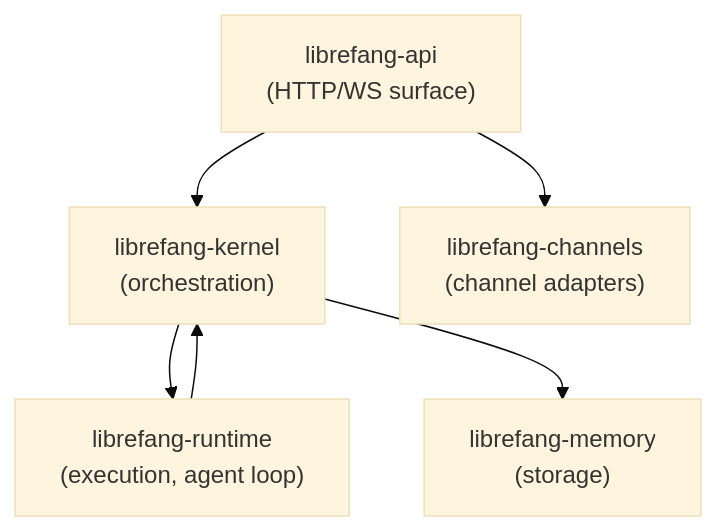
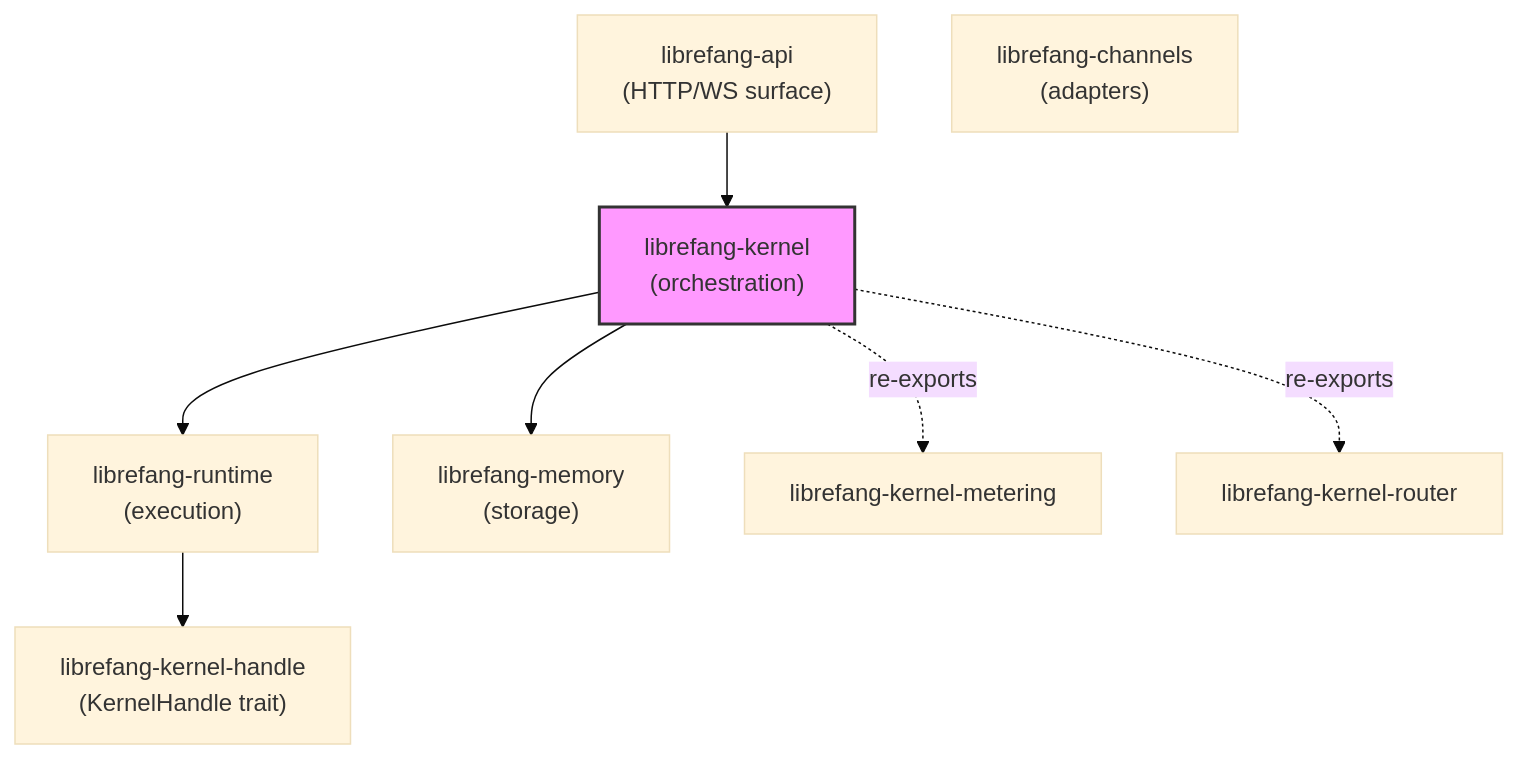
One commit to leszek3737/librefang-WIki changed the diagram in other-librefang-kernel.md. Above: the diagram before and after it, drawn with Mermaid (base theme). The commit also changed other lines of this file and 122 other files, not shown here.

````diff
--- a/other-librefang-kernel.md
+++ b/other-librefang-kernel.md
@@ -11,13 +9,18 @@
 ```mermaid
 graph TD
     API["librefang-api<br/>(HTTP/WS surface)"]
-    KERNEL["librefang-kernel<br/>(orchestration)"]
-    RUNTIME["librefang-runtime<br/>(execution, agent loop)"]
-    MEMORY["librefang-memory<br/>(storage)"]
-    CHANNELS["librefang-channels<br/>(channel adapters)"]
-    API --> KERNEL
-    KERNEL --> RUNTIME
-    KERNEL --> MEMORY
-    RUNTIME --> KERNEL
-    API --> CHANNELS
+    K["librefang-kernel<br/>(orchestration)"]
+    RT["librefang-runtime<br/>(execution)"]
+    MEM["librefang-memory<br/>(storage)"]
+    CH["librefang-channels<br/>(adapters)"]
+    KH["librefang-kernel-handle<br/>(KernelHandle trait)"]
+
+    API --> K
+    K --> RT
+    K --> MEM
+    RT --> KH
+    K -.->|"re-exports"| METER["librefang-kernel-metering"]
+    K -.->|"re-exports"| ROUTER["librefang-kernel-router"]
+
+    style K fill:#f9f,stroke:#333,stroke-width:2px
 ```
````
